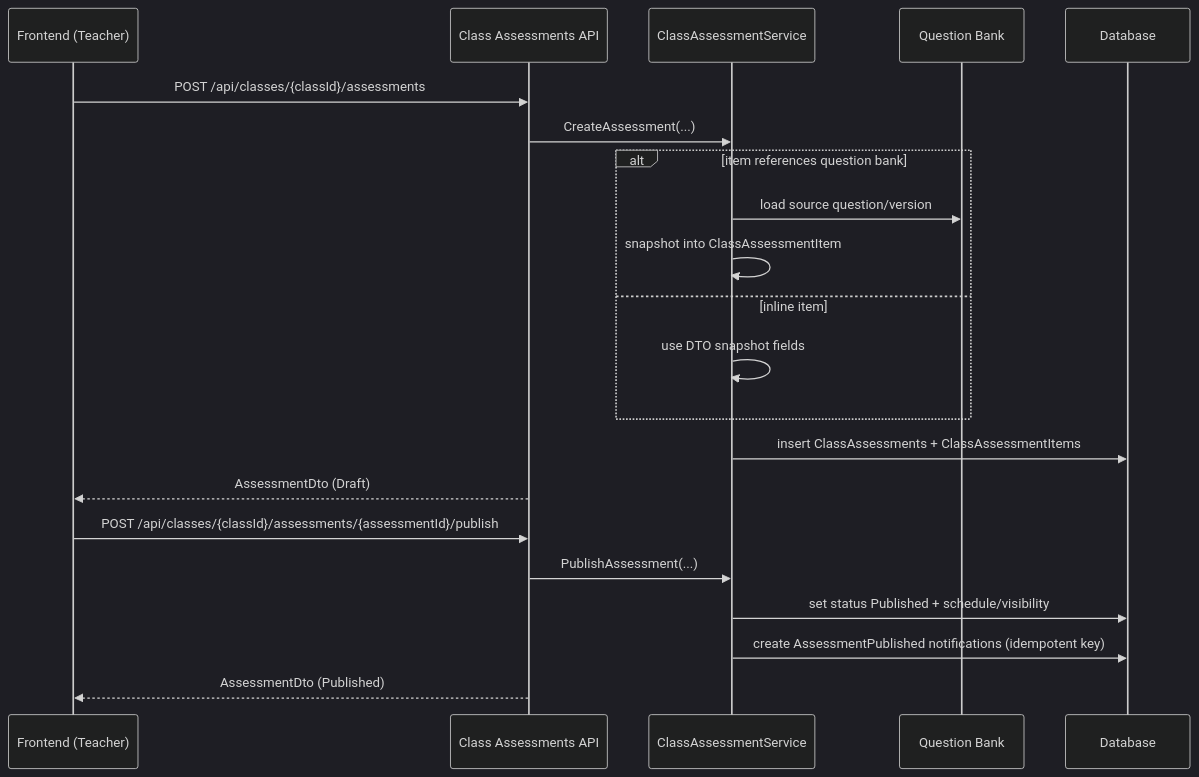
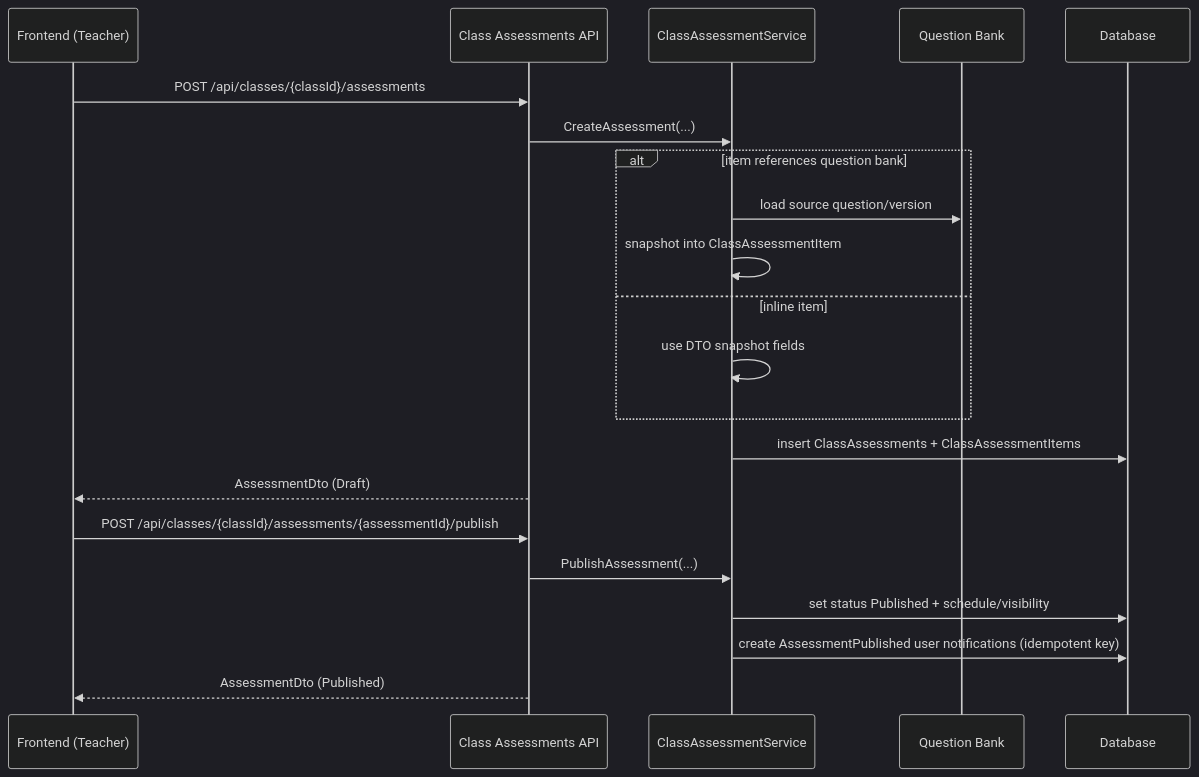
The first of 2 diagrams in docs/features/api-flow-assessment.md (Nguyentheanh1424/examxy), drawn with Mermaid (dark theme) before and after one commit. The commit also changed 27 other files, not shown here.

First line of the commit message:
feat(notifications): implement user notification system

````diff
--- a/docs/features/api-flow-assessment.md
+++ b/docs/features/api-flow-assessment.md
@@ -5,25 +5,25 @@
 ```mermaid
 sequenceDiagram
     participant FE as Frontend (Teacher)
     participant API as Class Assessments API
     participant SVC as ClassAssessmentService
     participant QBank as Question Bank
     participant DB as Database
 
     FE->>API: POST /api/classes/{classId}/assessments
     API->>SVC: CreateAssessment(...)
     alt item references question bank
         SVC->>QBank: load source question/version
         SVC->>SVC: snapshot into ClassAssessmentItem
     else inline item
         SVC->>SVC: use DTO snapshot fields
     end
     SVC->>DB: insert ClassAssessments + ClassAssessmentItems
     API-->>FE: AssessmentDto (Draft)
 
     FE->>API: POST /api/classes/{classId}/assessments/{assessmentId}/publish
     API->>SVC: PublishAssessment(...)
     SVC->>DB: set status Published + schedule/visibility
-    SVC->>DB: create AssessmentPublished notifications (idempotent key)
+    SVC->>DB: create AssessmentPublished user notifications (idempotent key)
     API-->>FE: AssessmentDto (Published)
 ```
````
